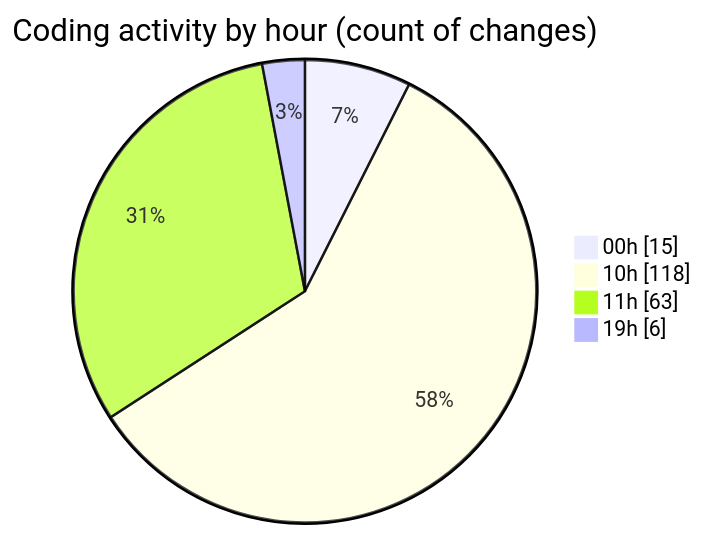
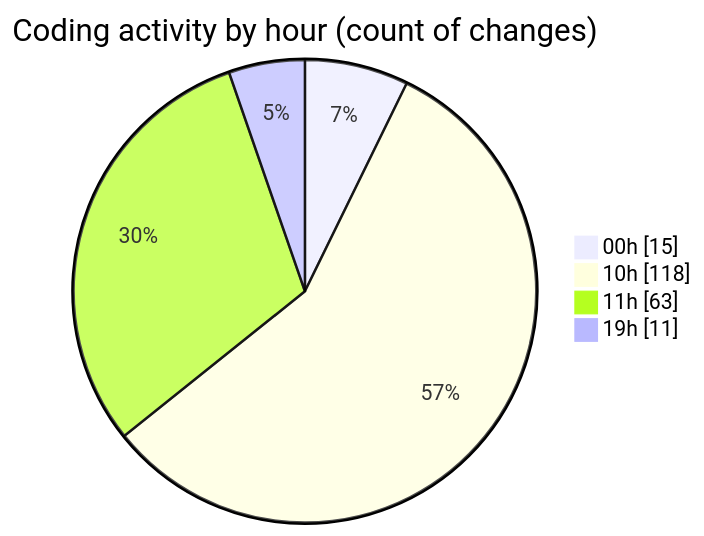
The second of 2 diagrams in 2026-01-11/dsa/README.md (Ritupan-Deka/code-tracking), drawn with Mermaid before and after one commit. The commit also changed other lines of this file and 1 other file, not shown here.

````diff
--- a/2026-01-11/dsa/README.md
+++ b/2026-01-11/dsa/README.md
@@ -29,8 +29,8 @@
 ```mermaid
 pie showData
 title Coding activity by hour (count of changes)
 "00h" : 15
 "10h" : 118
 "11h" : 63
-"19h" : 6
+"19h" : 11
 ```
````
